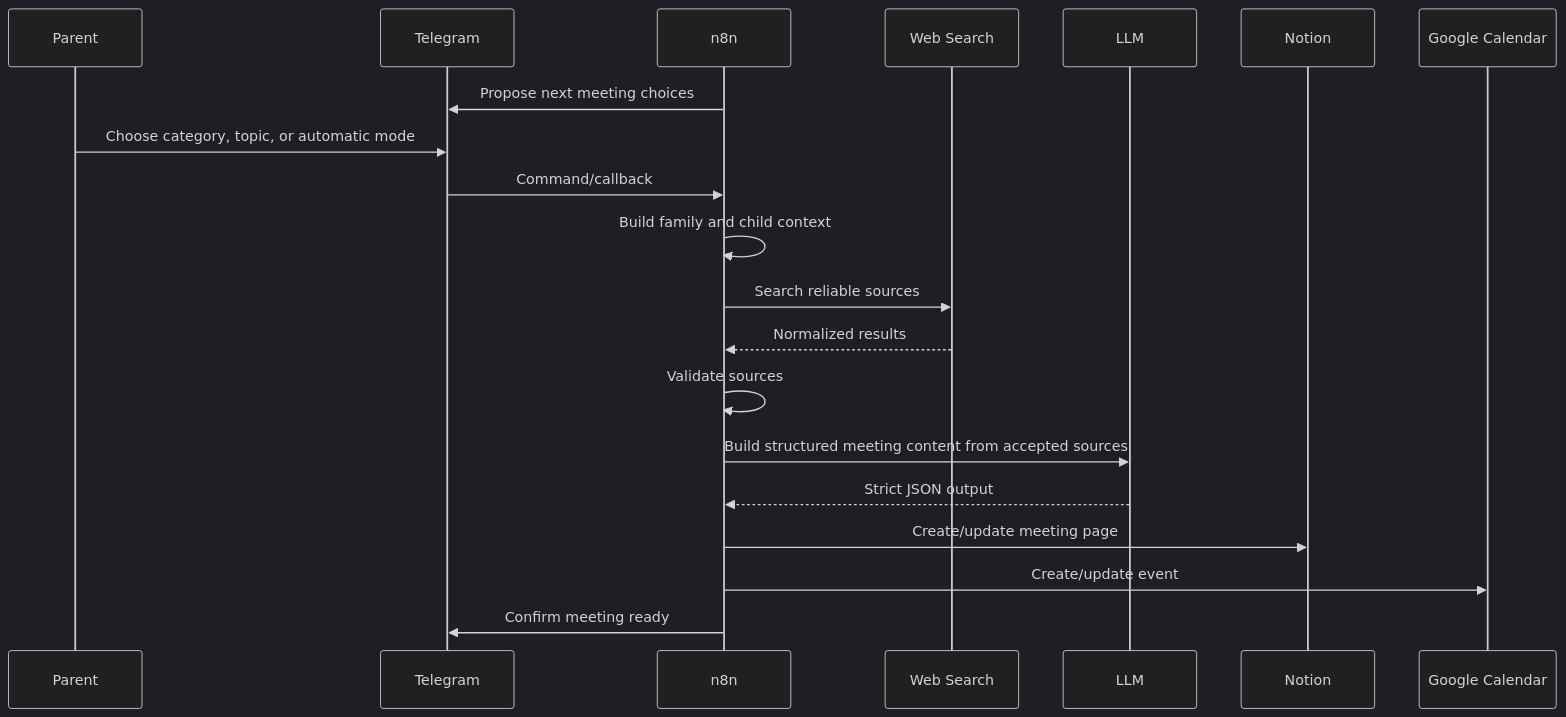
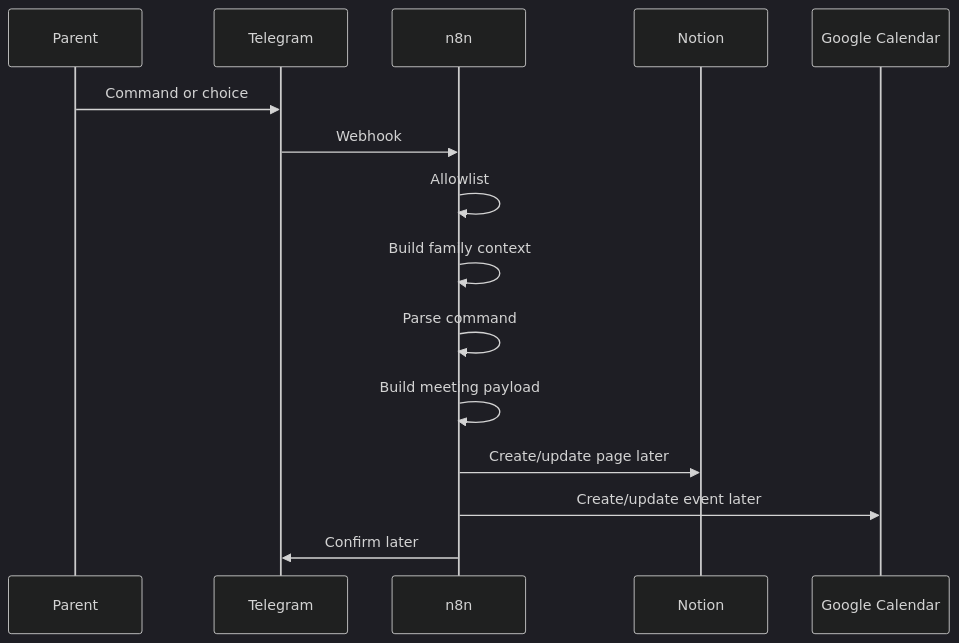
Before and after one commit to tghrayt/FamilyHubOS: the second of 2 diagrams in docs/architecture.md, drawn with Mermaid (dark theme). The commit also changed other lines of this file and 34 other files, not shown here.

````diff
--- a/docs/architecture.md
+++ b/docs/architecture.md
@@ -121,23 +106,18 @@
 ```mermaid
 sequenceDiagram
     participant Parent as Parent
     participant TG as Telegram
     participant N8N as n8n
-    participant Search as Web Search
-    participant LLM as LLM
     participant Notion as Notion
     participant Cal as Google Calendar
 
-    N8N->>TG: Propose next meeting choices
-    Parent->>TG: Choose category, topic, or automatic mode
-    TG->>N8N: Command/callback
-    N8N->>N8N: Build family and child context
-    N8N->>Search: Search reliable sources
-    Search-->>N8N: Normalized results
-    N8N->>N8N: Validate sources
-    N8N->>LLM: Build structured meeting content from accepted sources
-    LLM-->>N8N: Strict JSON output
-    N8N->>Notion: Create/update meeting page
-    N8N->>Cal: Create/update event
-    N8N->>TG: Confirm meeting ready
+    Parent->>TG: Command or choice
+    TG->>N8N: Webhook
+    N8N->>N8N: Allowlist
+    N8N->>N8N: Build family context
+    N8N->>N8N: Parse command
+    N8N->>N8N: Build meeting payload
+    N8N->>Notion: Create/update page later
+    N8N->>Cal: Create/update event later
+    N8N->>TG: Confirm later
 ```
````
